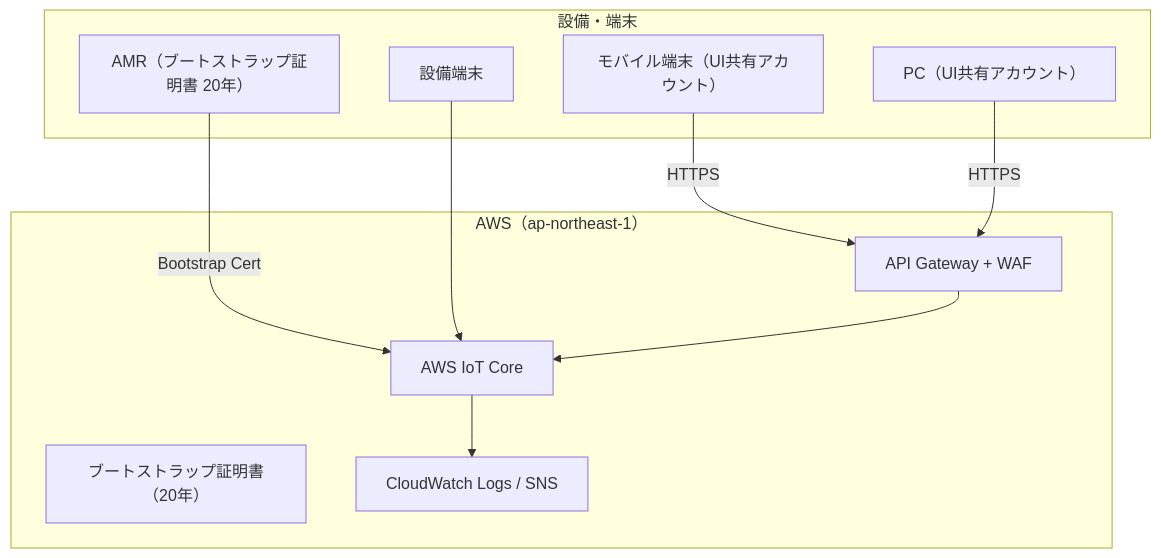
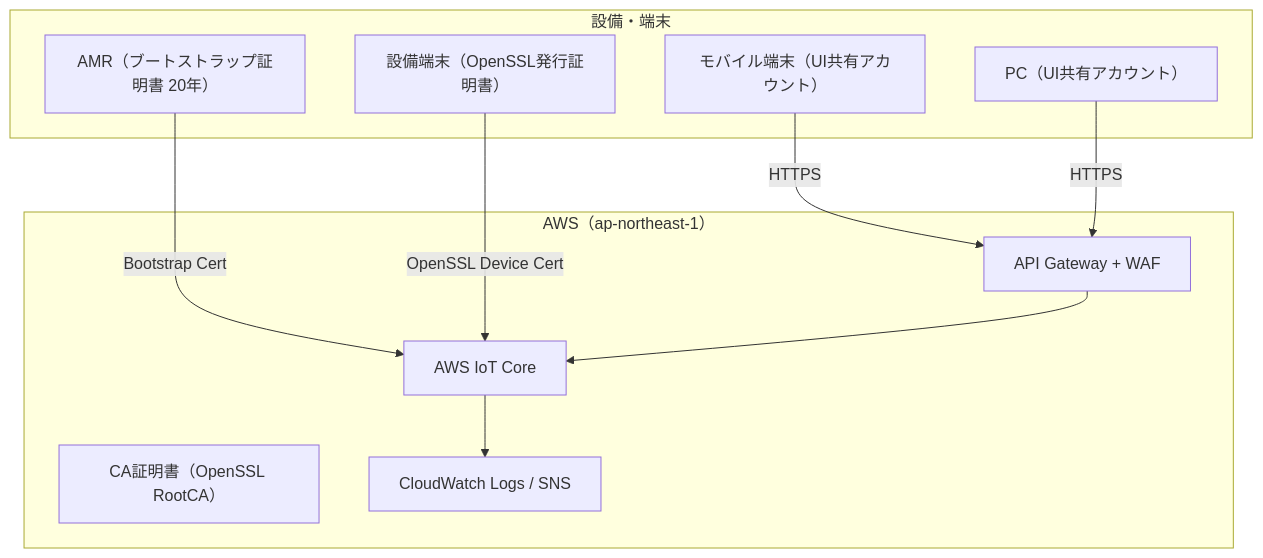
Before and after one commit to satorunnlg/iot-gateway-net: the diagram in AWS_Console_Setup_Manual.md, drawn with Mermaid.

Commit message:
付録更新

`````diff
--- a/AWS_Console_Setup_Manual.md
+++ b/AWS_Console_Setup_Manual.md
@@ -160,24 +160,24 @@
 ```mermaid
 flowchart TD
   subgraph Device["設備・端末"]
     AMR1["AMR（ブートストラップ証明書 20年）"]
-    AMR2["設備端末"]
+    AMR2["設備端末（OpenSSL発行証明書）"]
     Mobile["モバイル端末（UI共有アカウント）"]
     PC["PC（UI共有アカウント）"]
   end
 
   subgraph AWS["AWS（ap-northeast-1）"]
     IoTCore["AWS IoT Core"]
-    Cert["ブートストラップ証明書（20年）"]
+    Cert["CA証明書（OpenSSL RootCA）"]
     API["API Gateway + WAF"]
     CloudWatch["CloudWatch Logs / SNS"]
   end
 
   AMR1 -->|Bootstrap Cert| IoTCore
-  AMR2 --> IoTCore
+  AMR2 -->|OpenSSL Device Cert| IoTCore
   IoTCore --> CloudWatch
   Mobile -->|HTTPS| API
   API --> IoTCore
   PC -->|HTTPS| API
 
 ````
`````
